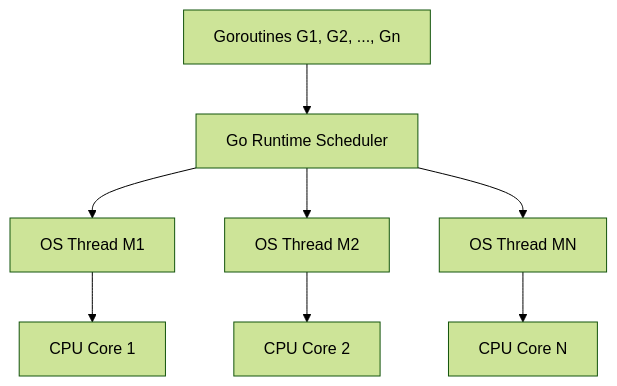
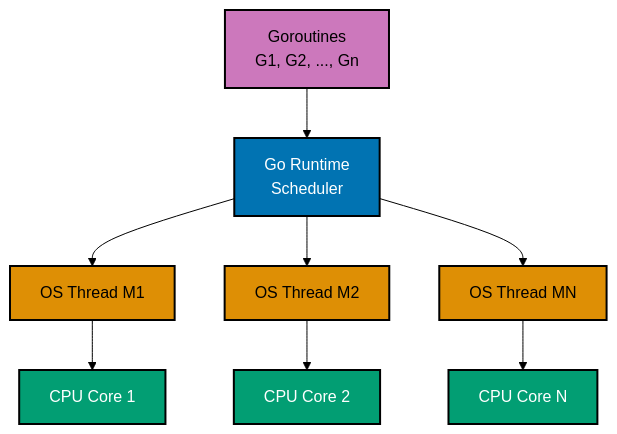
The first of 4 diagrams in docs/explanation/software/stack-lang/golang/ex-so-stla-go__concurrency-and-parallelism.md (wahidyankf/open-sharia-enterprise), drawn with Mermaid (forest theme) before and after one commit. The commit also changed other lines of this file and 65 other files, not shown here.

````diff
--- a/docs/explanation/software/stack-lang/golang/ex-so-stla-go__concurrency-and-parallelism.md
+++ b/docs/explanation/software/stack-lang/golang/ex-so-stla-go__concurrency-and-parallelism.md
@@ -91,10 +91,18 @@
 ```mermaid
+%% Color Palette: Blue #0173B2, Orange #DE8F05, Teal #029E73, Purple #CC78BC
+%% All colors are color-blind friendly and meet WCAG AA contrast standards
+
 graph TD
-    A[Goroutines G1, G2, ..., Gn] --> B[Go Runtime Scheduler]
-    B --> C[OS Thread M1]
-    B --> D[OS Thread M2]
-    B --> E[OS Thread MN]
-    C --> F[CPU Core 1]
-    D --> G[CPU Core 2]
-    E --> H[CPU Core N]
+    A["Goroutines<br/>G1, G2, ..., Gn"]:::purple --> B["Go Runtime<br/>Scheduler"]:::blue
+    B --> C["OS Thread M1"]:::orange
+    B --> D["OS Thread M2"]:::orange
+    B --> E["OS Thread MN"]:::orange
+    C --> F["CPU Core 1"]:::teal
+    D --> G["CPU Core 2"]:::teal
+    E --> H["CPU Core N"]:::teal
+
+    classDef blue fill:#0173B2,stroke:#000000,color:#FFFFFF,stroke-width:2px
+    classDef orange fill:#DE8F05,stroke:#000000,color:#000000,stroke-width:2px
+    classDef teal fill:#029E73,stroke:#000000,color:#FFFFFF,stroke-width:2px
+    classDef purple fill:#CC78BC,stroke:#000000,color:#000000,stroke-width:2px
 ```
````
